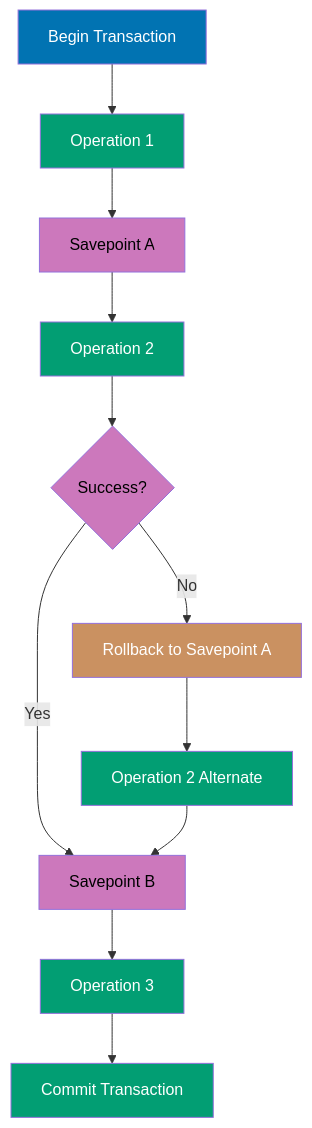
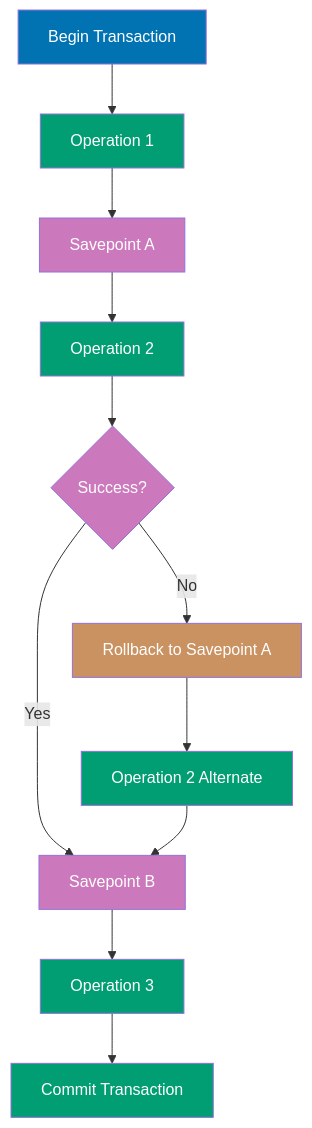
One commit to wahidyankf/open-sharia-enterprise changed the tenth of 12 diagrams in apps/ayokoding-web/content/en/learn/software-engineering/data/tools/elixir-ecto/by-example/advanced.md. Above: the diagram before and after it, drawn with Mermaid. The commit also changed other lines of this file and 61 other files, not shown here.

First line of the commit message:
fix(ayokoding-web): quote Mermaid node labels with special characters in Example 63

````diff
--- a/apps/ayokoding-web/content/en/learn/software-engineering/data/tools/elixir-ecto/by-example/advanced.md
+++ b/apps/ayokoding-web/content/en/learn/software-engineering/data/tools/elixir-ecto/by-example/advanced.md
@@ -1251,26 +1251,26 @@
 ```mermaid
 %% Color Palette: Blue #0173B2, Orange #DE8F05, Teal #029E73, Purple #CC78BC, Brown #CA9161
 %%  Transaction Savepoints
 graph TD
     A[Begin Transaction] --> B[Operation 1]
     B --> C[Savepoint A]
     C --> D[Operation 2]
     D --> E{Success?}
     E -->|No| F[Rollback to Savepoint A]
     E -->|Yes| G[Savepoint B]
     F --> H[Operation 2 Alternate]
     H --> G
     G --> I[Operation 3]
     I --> J[Commit Transaction]
 
     style A fill:#0173B2,color:#fff
     style B fill:#029E73,color:#fff
-    style C fill:#CC78BC,color:#000
+    style C fill:#CC78BC,color:#fff
     style D fill:#029E73,color:#fff
-    style E fill:#CC78BC,color:#000
+    style E fill:#CC78BC,color:#fff
     style F fill:#CA9161,color:#fff
-    style G fill:#CC78BC,color:#000
+    style G fill:#CC78BC,color:#fff
     style H fill:#029E73,color:#fff
     style I fill:#029E73,color:#fff
     style J fill:#029E73,color:#fff
 ```
````
